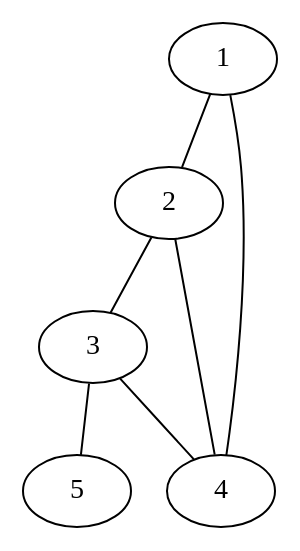
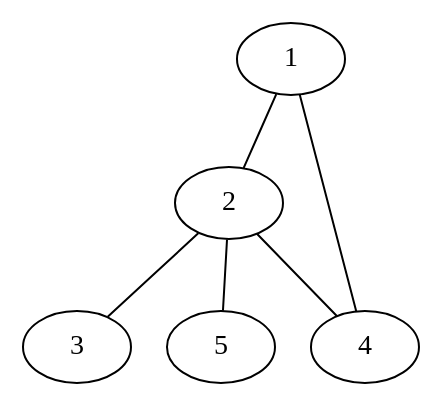
Before and after one commit to dkadio/AvA: the diagram in abgabe_ueb2/graph1.gv, drawn with Graphviz. The commit also changed 18 other files, not shown here.

```diff
--- a/abgabe_ueb2/graph1.gv
+++ b/abgabe_ueb2/graph1.gv
@@ -1,8 +1,7 @@
 graph G {
 1 -- 2;
 2 -- 3;
-3 -- 4;
-3 -- 5;
+1 -- 4;
+2 -- 5;
 2 -- 4;
-1 -- 4;
 }
```
